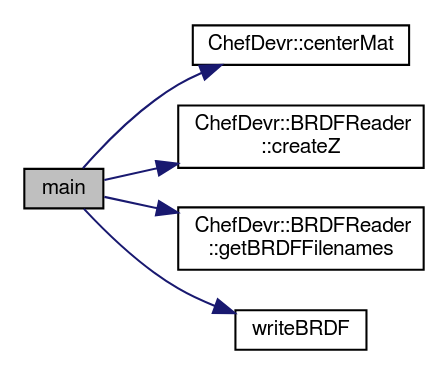
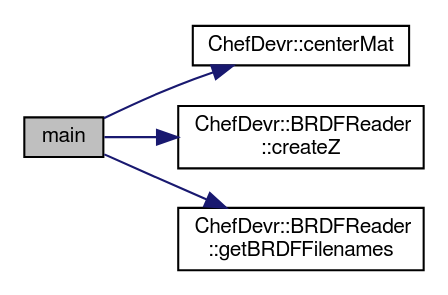
The diagram in docs/main_8cpp_a65775db3214ebf9820e76bf61629231f_cgraph.dot (bsella/BRDF3000), drawn with Graphviz before and after one commit. The commit also changed 236 other files, not shown here.

```diff
--- a/docs/main_8cpp_a65775db3214ebf9820e76bf61629231f_cgraph.dot
+++ b/docs/main_8cpp_a65775db3214ebf9820e76bf61629231f_cgraph.dot
@@ -1,15 +1,14 @@
 digraph "main"
 {
+ // LATEX_PDF_SIZE
   edge [fontname="FreeSans",fontsize="10",labelfontname="FreeSans",labelfontsize="10"];
   node [fontname="FreeSans",fontsize="10",shape=record];
   rankdir="LR";
-  Node1 [label="main",height=0.2,width=0.4,color="black", fillcolor="grey75", style="filled", fontcolor="black"];
-  Node1 -> Node2 [color="midnightblue",fontsize="10",style="solid",fontname="FreeSans"];
-  Node2 [label="ChefDevr::centerMat",height=0.2,width=0.4,color="black", fillcolor="white", style="filled",URL="$namespace_chef_devr.html#a9579ab224f4fc15d1ab2f409d9d8a4c6",tooltip="Centers matrix by sustracting mean to all columns. "];
-  Node1 -> Node3 [color="midnightblue",fontsize="10",style="solid",fontname="FreeSans"];
-  Node3 [label="ChefDevr::BRDFReader\l::createZ",height=0.2,width=0.4,color="black", fillcolor="white", style="filled",URL="$class_chef_devr_1_1_b_r_d_f_reader.html#ad3f37fef9fc8e8c11800b2d18f77f14c",tooltip="Read all the BRDFs stored in a given directory. "];
-  Node1 -> Node4 [color="midnightblue",fontsize="10",style="solid",fontname="FreeSans"];
-  Node4 [label="ChefDevr::BRDFReader\l::getBRDFFilenames",height=0.2,width=0.4,color="black", fillcolor="white", style="filled",URL="$class_chef_devr_1_1_b_r_d_f_reader.html#a288d96c7a3dab0388df4e5c8916e167d"];
-  Node1 -> Node5 [color="midnightblue",fontsize="10",style="solid",fontname="FreeSans"];
-  Node5 [label="writeBRDF",height=0.2,width=0.4,color="black", fillcolor="white", style="filled",URL="$main_8cpp.html#a64d5b76b261a120ca62e845dc4379c2a"];
+  Node0 [label="main",height=0.2,width=0.4,color="black", fillcolor="grey75", style="filled", fontcolor="black",tooltip=" "];
+  Node0 -> Node1 [color="midnightblue",fontsize="10",style="solid",fontname="FreeSans"];
+  Node1 [label="ChefDevr::centerMat",height=0.2,width=0.4,color="black", fillcolor="white", style="filled",URL="$namespace_chef_devr.html#a9579ab224f4fc15d1ab2f409d9d8a4c6",tooltip="Centers matrix by sustracting mean to all columns."];
+  Node0 -> Node2 [color="midnightblue",fontsize="10",style="solid",fontname="FreeSans"];
+  Node2 [label="ChefDevr::BRDFReader\l::createZ",height=0.2,width=0.4,color="black", fillcolor="white", style="filled",URL="$class_chef_devr_1_1_b_r_d_f_reader.html#ad3f37fef9fc8e8c11800b2d18f77f14c",tooltip="Read all the BRDFs stored in a given directory."];
+  Node0 -> Node3 [color="midnightblue",fontsize="10",style="solid",fontname="FreeSans"];
+  Node3 [label="ChefDevr::BRDFReader\l::getBRDFFilenames",height=0.2,width=0.4,color="black", fillcolor="white", style="filled",URL="$class_chef_devr_1_1_b_r_d_f_reader.html#a072fd200a36a80aad0240d242e1bd2de",tooltip=" "];
 }
```
